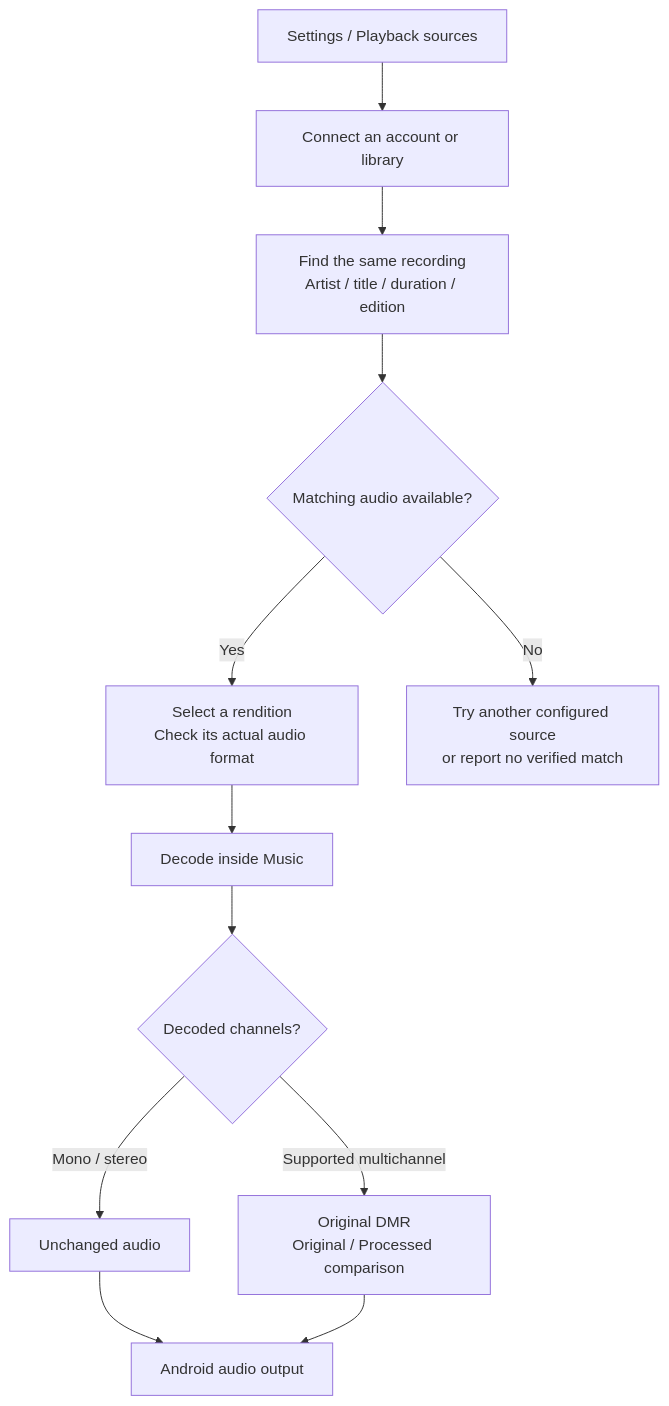
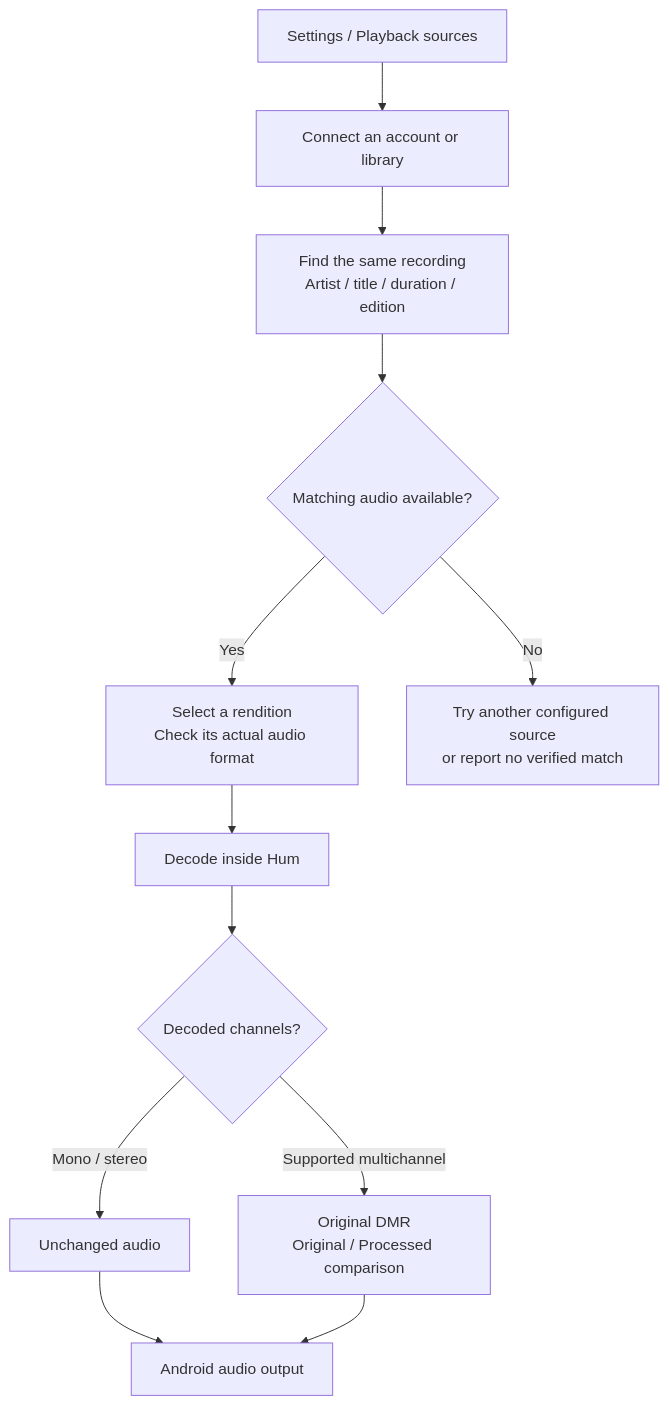
The third of 4 diagrams in README.md (Pradyumna-RN/omni_play), drawn with Mermaid before and after one commit. The commit also changed other lines of this file and 8 other files, not shown here.

````diff
--- a/README.md
+++ b/README.md
@@ -306,14 +306,14 @@
 ```mermaid
 flowchart TB
     SETTINGS["Settings / Playback sources"] --> ACCOUNT["Connect an account or library"]
     ACCOUNT --> MATCH["Find the same recording<br/>Artist / title / duration / edition"]
     MATCH --> AVAILABLE{"Matching audio available?"}
     AVAILABLE -->|"Yes"| FORMAT["Select a rendition<br/>Check its actual audio format"]
     AVAILABLE -->|"No"| FALLBACK["Try another configured source<br/>or report no verified match"]
-    FORMAT --> DECODE["Decode inside Music"]
+    FORMAT --> DECODE["Decode inside Hum"]
     DECODE --> ROUTE{"Decoded channels?"}
     ROUTE -->|"Mono / stereo"| STEREO["Unchanged audio"]
     ROUTE -->|"Supported multichannel"| DMR["Original DMR<br/>Original / Processed comparison"]
     STEREO --> OUT["Android audio output"]
     DMR --> OUT
 ```
````
